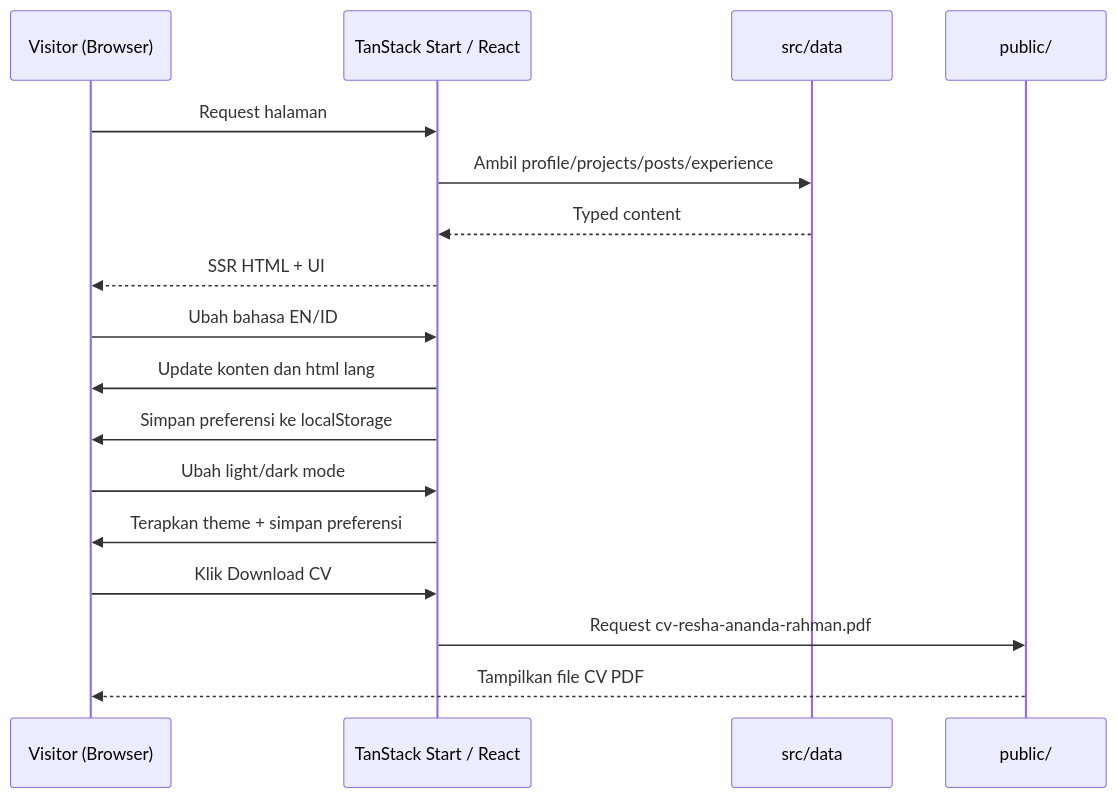
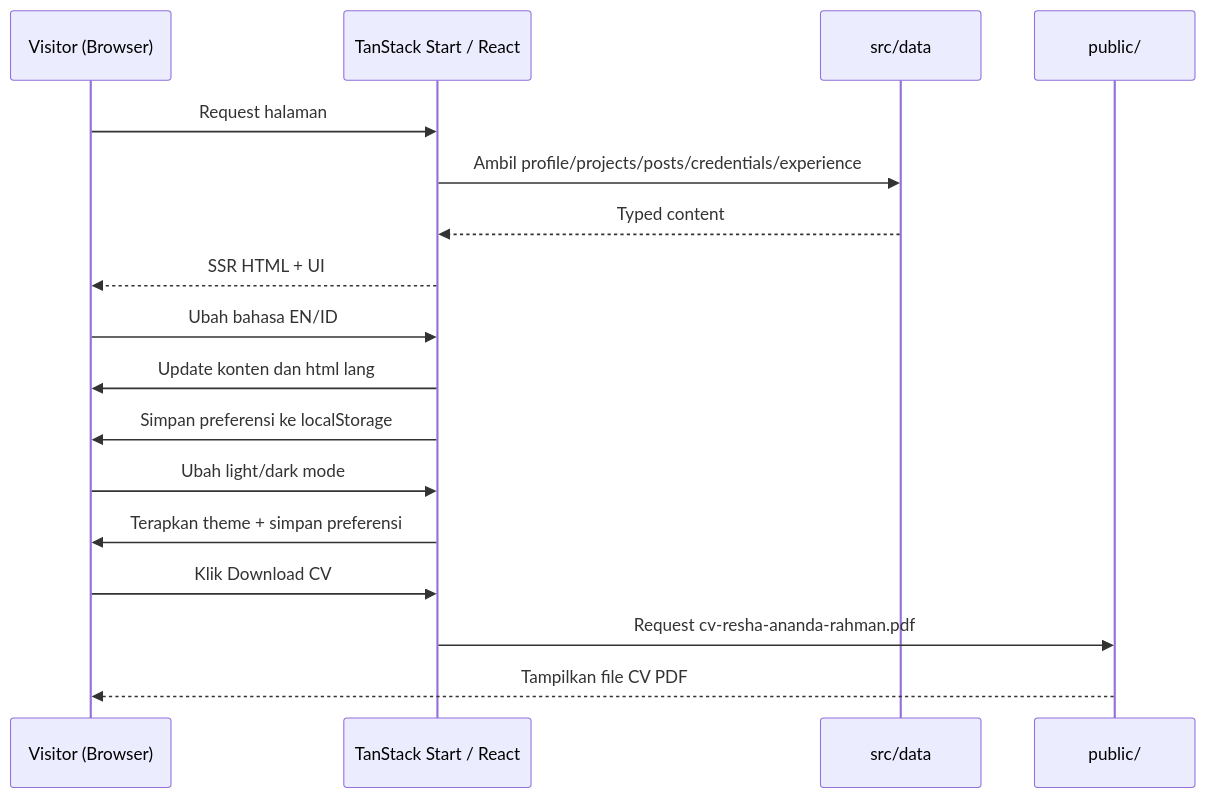
Before and after one commit to Res-ha/reshaananda-portfolio: the first of 2 diagrams in PRD.md, drawn with Mermaid. The commit also changed other lines of this file and 40 other files, not shown here.

````diff
--- a/PRD.md
+++ b/PRD.md
@@ -122,23 +132,23 @@
 ```mermaid
 sequenceDiagram
     participant User as Visitor (Browser)
     participant App as TanStack Start / React
     participant Data as src/data
     participant Public as public/
 
     User->>App: Request halaman
-    App->>Data: Ambil profile/projects/posts/experience
+    App->>Data: Ambil profile/projects/posts/credentials/experience
     Data-->>App: Typed content
     App-->>User: SSR HTML + UI
 
     User->>App: Ubah bahasa EN/ID
     App->>User: Update konten dan html lang
     App->>User: Simpan preferensi ke localStorage
 
     User->>App: Ubah light/dark mode
     App->>User: Terapkan theme + simpan preferensi
 
     User->>App: Klik Download CV
     App->>Public: Request cv-resha-ananda-rahman.pdf
     Public-->>User: Tampilkan file CV PDF
 ```
````
